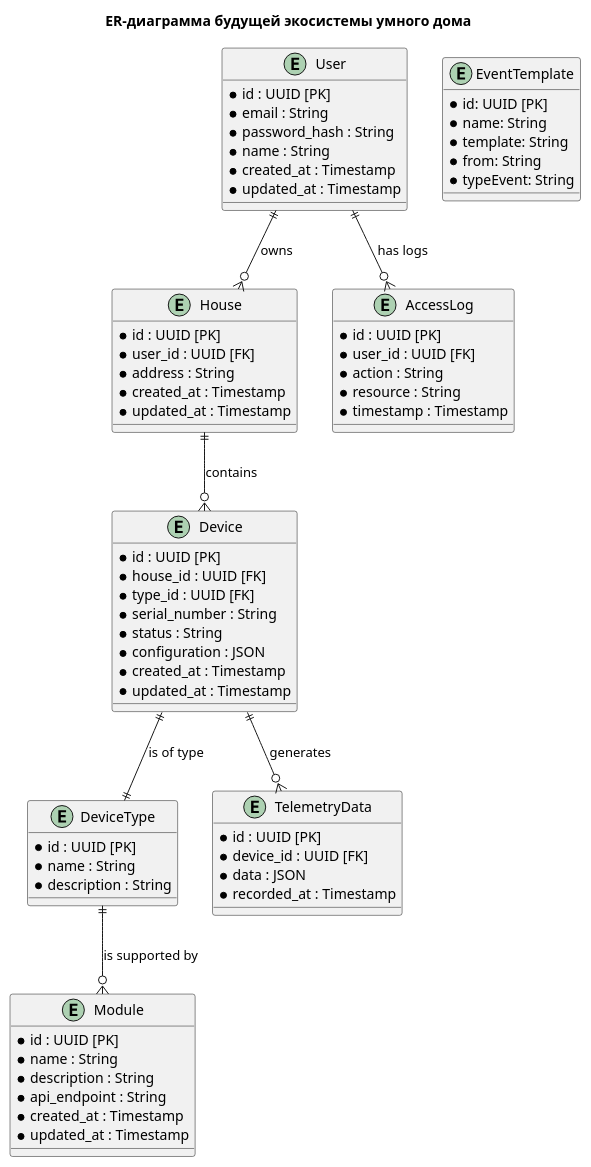
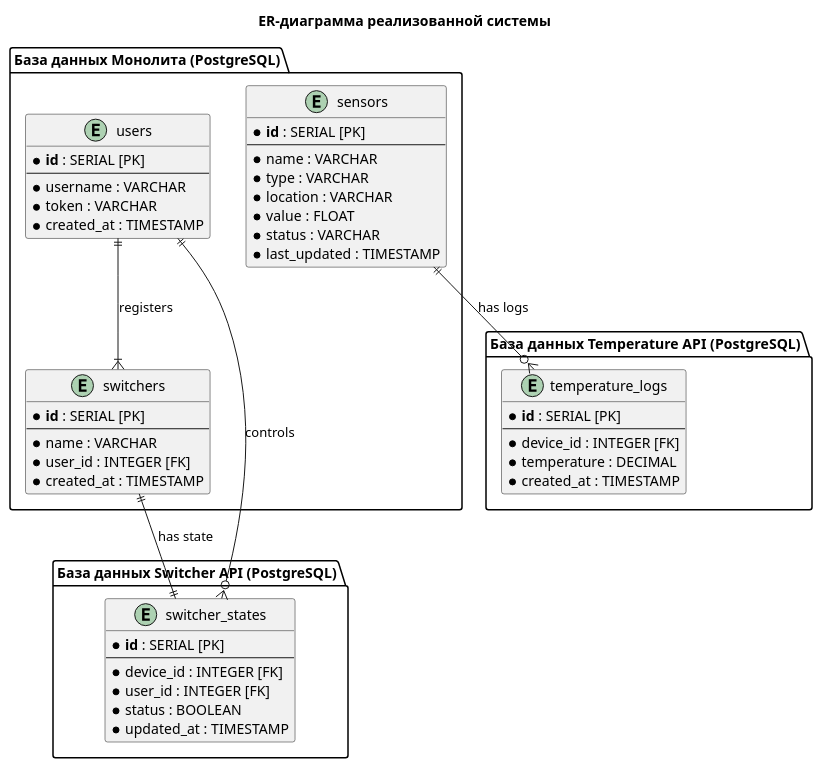
Before and after one commit to GHostlyFOX/architecture-pro-warmhouse: the diagram in docs/ER_diagram.puml, drawn with PlantUML. The commit also changed 5 other files, not shown here.

```diff
--- a/docs/ER_diagram.puml
+++ b/docs/ER_diagram.puml
@@ -1,76 +1,60 @@
 @startuml
-title ER-диаграмма будущей экосистемы умного дома
+title ER-диаграмма реализованной системы
 
-entity User {
-    * id : UUID [PK]
-    * email : String
-    * password_hash : String
-    * name : String
-    * created_at : Timestamp
-    * updated_at : Timestamp
+package "База данных Монолита (PostgreSQL)" {
+    entity "users" as users {
+        * **id** : SERIAL [PK]
+        --
+        * username : VARCHAR
+        * token : VARCHAR
+        * created_at : TIMESTAMP
+    }
+
+    entity "sensors" as sensors {
+        * **id** : SERIAL [PK]
+        --
+        * name : VARCHAR
+        * type : VARCHAR
+        * location : VARCHAR
+        * value : FLOAT
+        * status : VARCHAR
+        * last_updated : TIMESTAMP
+    }
+
+    entity "switchers" as switchers_reg {
+        * **id** : SERIAL [PK]
+        --
+        * name : VARCHAR
+        * user_id : INTEGER [FK]
+        * created_at : TIMESTAMP
+    }
 }
 
-entity House {
-    * id : UUID [PK]
-    * user_id : UUID [FK]
-    * address : String
-    * created_at : Timestamp
-    * updated_at : Timestamp
+package "База данных Temperature API (PostgreSQL)" {
+    entity "temperature_logs" as temp_logs {
+        * **id** : SERIAL [PK]
+        --
+        * device_id : INTEGER [FK]
+        * temperature : DECIMAL
+        * created_at : TIMESTAMP
+    }
 }
 
-entity Device {
-    * id : UUID [PK]
-    * house_id : UUID [FK]
-    * type_id : UUID [FK]
-    * serial_number : String
-    * status : String
-    * configuration : JSON
-    * created_at : Timestamp
-    * updated_at : Timestamp
+package "База данных Switcher API (PostgreSQL)" {
+    entity "switcher_states" as switcher_states {
+        * **id** : SERIAL [PK]
+        --
+        * device_id : INTEGER [FK]
+        * user_id : INTEGER [FK]
+        * status : BOOLEAN
+        * updated_at : TIMESTAMP
+    }
 }
 
-entity DeviceType {
-    * id : UUID [PK]
-    * name : String
-    * description : String
-}
+' Relationships
+users ||--|{ switchers_reg : "registers"
+sensors ||--o{ temp_logs : "has logs"
+switchers_reg ||--|| switcher_states : "has state"
+users ||--o{ switcher_states : "controls"
 
-entity Module {
-    * id : UUID [PK]
-    * name : String
-    * description : String
-    * api_endpoint : String
-    * created_at : Timestamp
-    * updated_at : Timestamp
-}
-
-entity TelemetryData {
-    * id : UUID [PK]
-    * device_id : UUID [FK]
-    * data : JSON
-    * recorded_at : Timestamp
-}
-
-entity AccessLog {
-    * id : UUID [PK]
-    * user_id : UUID [FK]
-    * action : String
-    * resource : String
-    * timestamp : Timestamp
-}
-
-entity EventTemplate{
-    * id: UUID [PK]
-    * name: String
-    * template: String
-    * from: String
-    * typeEvent: String
-}
-
-User ||--o{ House : "owns"
-House ||--o{ Device : "contains"
-Device ||--|| DeviceType : "is of type"
-Device ||--o{ TelemetryData : "generates"
-DeviceType ||--o{ Module : "is supported by"
-User ||--o{ AccessLog : "has logs"
 @enduml
```
